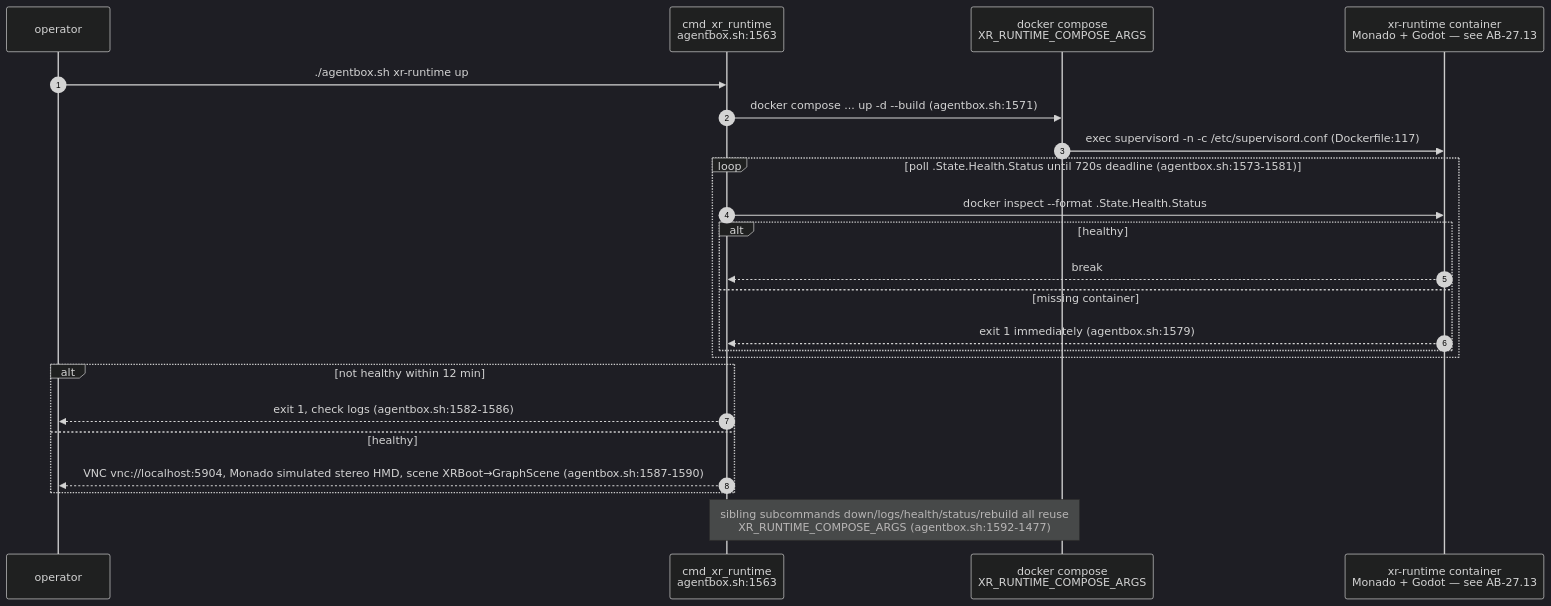
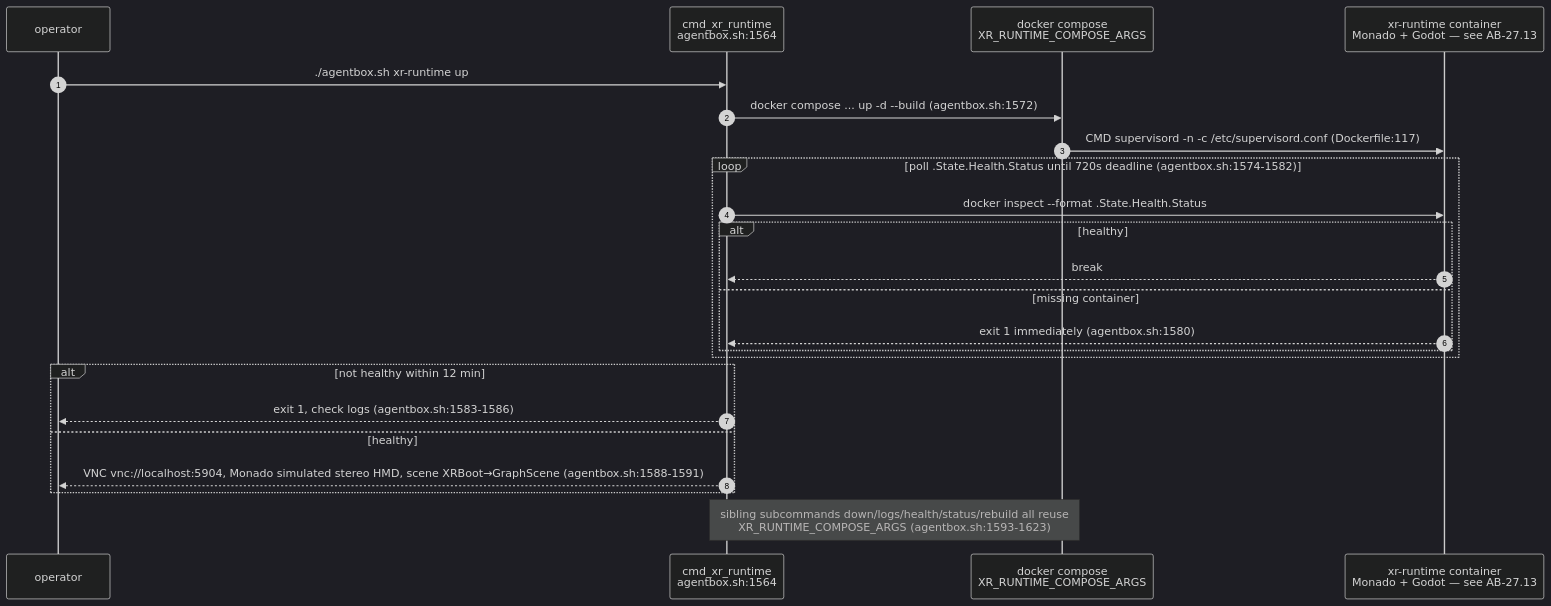
Before and after one commit to DreamLab-AI/VisionFlow: the ninth of 11 diagrams in docs/diagrams/agentbox/06-sidecars-and-compose-overlays.md, drawn with Mermaid (dark theme). The commit also changed other lines of this file and 136 other files, not shown here.

First line of the commit message:
docs(diagrams): refresh the whole corpus to code HEAD and prune low-value diagrams

````diff
--- a/docs/diagrams/agentbox/06-sidecars-and-compose-overlays.md
+++ b/docs/diagrams/agentbox/06-sidecars-and-compose-overlays.md
@@ -259,26 +254,26 @@
 ```mermaid
 sequenceDiagram
     autonumber
     participant OP as operator
-    participant SH as cmd_xr_runtime<br/>agentbox.sh:1563
+    participant SH as cmd_xr_runtime<br/>agentbox.sh:1564
     participant DC as docker compose<br/>XR_RUNTIME_COMPOSE_ARGS
     participant XR as xr-runtime container<br/>Monado + Godot — see AB-27.13
 
     OP->>SH: ./agentbox.sh xr-runtime up
-    SH->>DC: docker compose ... up -d --build (agentbox.sh:1571)
-    DC->>XR: exec supervisord -n -c /etc/supervisord.conf (Dockerfile:117)
-    loop poll .State.Health.Status until 720s deadline (agentbox.sh:1573-1581)
+    SH->>DC: docker compose ... up -d --build (agentbox.sh:1572)
+    DC->>XR: CMD supervisord -n -c /etc/supervisord.conf (Dockerfile:117)
+    loop poll .State.Health.Status until 720s deadline (agentbox.sh:1574-1582)
         SH->>XR: docker inspect --format .State.Health.Status
         alt healthy
             XR-->>SH: break
         else missing container
-            XR-->>SH: exit 1 immediately (agentbox.sh:1579)
+            XR-->>SH: exit 1 immediately (agentbox.sh:1580)
         end
     end
     alt not healthy within 12 min
-        SH-->>OP: exit 1, check logs (agentbox.sh:1582-1586)
+        SH-->>OP: exit 1, check logs (agentbox.sh:1583-1586)
     else healthy
-        SH-->>OP: VNC vnc://localhost:5904, Monado simulated stereo HMD, scene XRBoot→GraphScene (agentbox.sh:1587-1590)
+        SH-->>OP: VNC vnc://localhost:5904, Monado simulated stereo HMD, scene XRBoot→GraphScene (agentbox.sh:1588-1591)
     end
-    Note over SH,DC: sibling subcommands down/logs/health/status/rebuild all reuse<br/>XR_RUNTIME_COMPOSE_ARGS (agentbox.sh:1592-1477)
+    Note over SH,DC: sibling subcommands down/logs/health/status/rebuild all reuse<br/>XR_RUNTIME_COMPOSE_ARGS (agentbox.sh:1593-1623)
 ```
````
